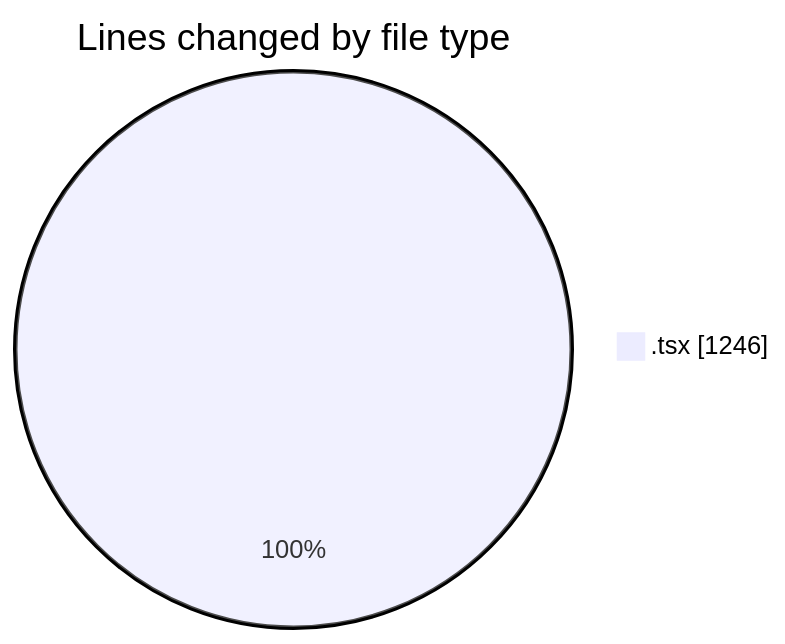
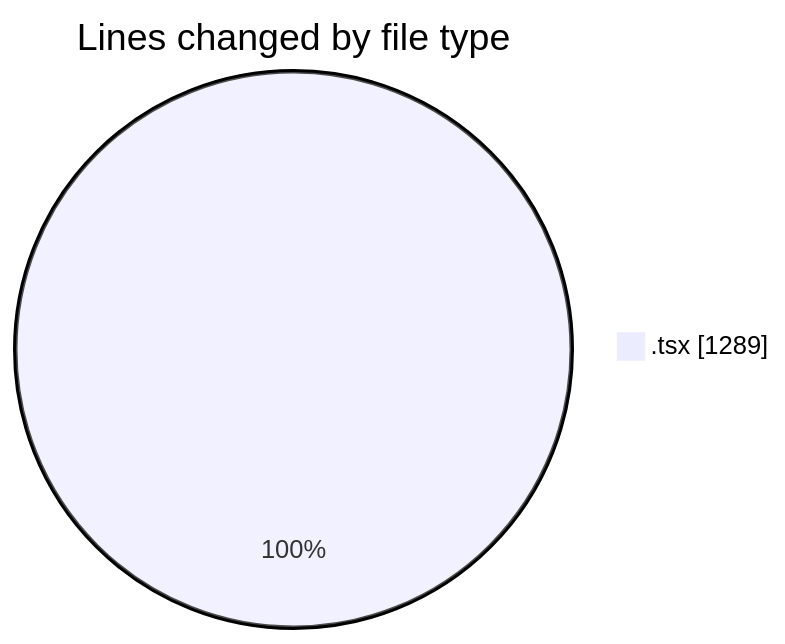
The first of 2 diagrams in 2025-11-11/mbc-web/README.md (robertbonfada/code-tracking), drawn with Mermaid before and after one commit. The commit also changed other lines of this file and 1 other file, not shown here.

````diff
--- a/2025-11-11/mbc-web/README.md
+++ b/2025-11-11/mbc-web/README.md
@@ -21,5 +21,5 @@
 ```mermaid
 pie showData
 title Lines changed by file type
-".tsx" : 1246
+".tsx" : 1289
 ```
````
